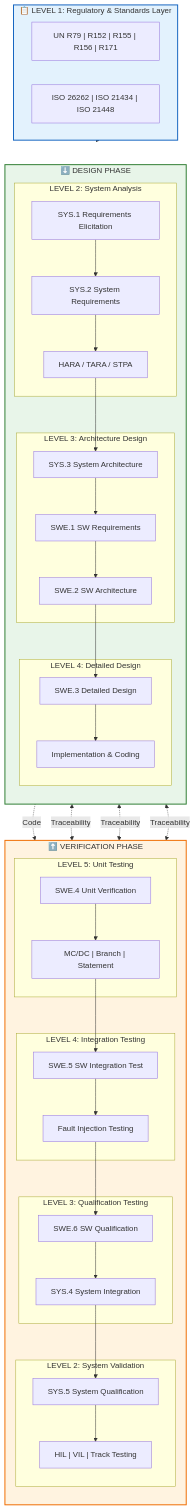
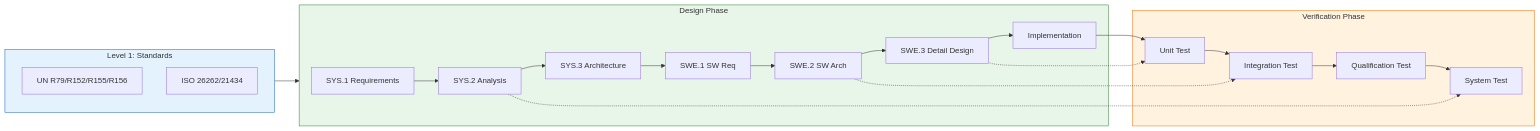
Before and after one commit to michaellinhq/automotive-develop-architecture: the diagram in docs/index.md, drawn with Mermaid.

Commit message:
fix: simplify V-Model Mermaid diagram for compatibility

````diff
--- a/docs/index.md
+++ b/docs/index.md
@@ -70,70 +70,45 @@
 ```mermaid
-flowchart TB
-    subgraph Level1["📋 LEVEL 1: Regulatory & Standards Layer"]
-        direction LR
-        REG["UN R79 | R152 | R155 | R156 | R171"]
-        STD["ISO 26262 | ISO 21434 | ISO 21448"]
+flowchart LR
+    subgraph Standards["Level 1: Standards"]
+        REG[UN R79/R152/R155/R156]
+        ISO[ISO 26262/21434]
     end
 
-    subgraph LeftSide["⬇️ DESIGN PHASE"]
-        direction TB
-        subgraph Level2_L["LEVEL 2: System Analysis"]
-            SYS1["SYS.1 Requirements Elicitation"]
-            SYS2["SYS.2 System Requirements"]
-            HARA["HARA / TARA / STPA"]
-        end
-        
-        subgraph Level3_L["LEVEL 3: Architecture Design"]
-            SYS3["SYS.3 System Architecture"]
-            SWE1["SWE.1 SW Requirements"]
-            SWE2["SWE.2 SW Architecture"]
-        end
-        
-        subgraph Level4_L["LEVEL 4: Detailed Design"]
-            SWE3["SWE.3 Detailed Design"]
-            IMPL["Implementation & Coding"]
-        end
+    subgraph Design["Design Phase"]
+        SYS1[SYS.1 Requirements]
+        SYS2[SYS.2 Analysis]
+        SYS3[SYS.3 Architecture]
+        SWE1[SWE.1 SW Req]
+        SWE2[SWE.2 SW Arch]
+        SWE3[SWE.3 Detail Design]
+        CODE[Implementation]
     end
 
-    subgraph RightSide["⬆️ VERIFICATION PHASE"]
-        direction TB
-        subgraph Level5_R["LEVEL 5: Unit Testing"]
-            SWE4["SWE.4 Unit Verification"]
-            COVERAGE["MC/DC | Branch | Statement"]
-        end
-        
-        subgraph Level4_R["LEVEL 4: Integration Testing"]
-            SWE5["SWE.5 SW Integration Test"]
-            FAULT["Fault Injection Testing"]
-        end
-        
-        subgraph Level3_R["LEVEL 3: Qualification Testing"]
-            SWE6["SWE.6 SW Qualification"]
-            SYS4["SYS.4 System Integration"]
-        end
-        
-        subgraph Level2_R["LEVEL 2: System Validation"]
-            SYS5["SYS.5 System Qualification"]
-            VAL["HIL | VIL | Track Testing"]
-        end
+    subgraph Verify["Verification Phase"]
+        UT[Unit Test]
+        IT[Integration Test]
+        QT[Qualification Test]
+        ST[System Test]
     end
 
-    Level1 --> Level2_L
-    SYS1 --> SYS2 --> HARA
-    HARA --> SYS3 --> SWE1 --> SWE2
-    SWE2 --> SWE3 --> IMPL
+    Standards --> Design
+    SYS1 --> SYS2
+    SYS2 --> SYS3
+    SYS3 --> SWE1
+    SWE1 --> SWE2
+    SWE2 --> SWE3
+    SWE3 --> CODE
 
-    IMPL -.->|"Code"| SWE4
-    SWE4 --> COVERAGE
-    COVERAGE --> SWE5 --> FAULT
-    FAULT --> SWE6 --> SYS4
-    SYS4 --> SYS5 --> VAL
+    CODE --> UT
+    UT --> IT
+    IT --> QT
+    QT --> ST
 
-    SYS2 <-.->|"Traceability"| SYS5
-    SWE2 <-.->|"Traceability"| SWE5
-    SWE3 <-.->|"Traceability"| SWE4
+    SYS2 -.-> ST
+    SWE2 -.-> IT
+    SWE3 -.-> UT
 
-    style Level1 fill:#e3f2fd,stroke:#1565c0,stroke-width:2px
-    style LeftSide fill:#e8f5e9,stroke:#2e7d32,stroke-width:2px
-    style RightSide fill:#fff3e0,stroke:#ef6c00,stroke-width:2px
+    style Standards fill:#e3f2fd,stroke:#1565c0
+    style Design fill:#e8f5e9,stroke:#2e7d32
+    style Verify fill:#fff3e0,stroke:#ef6c00
 ```
````
